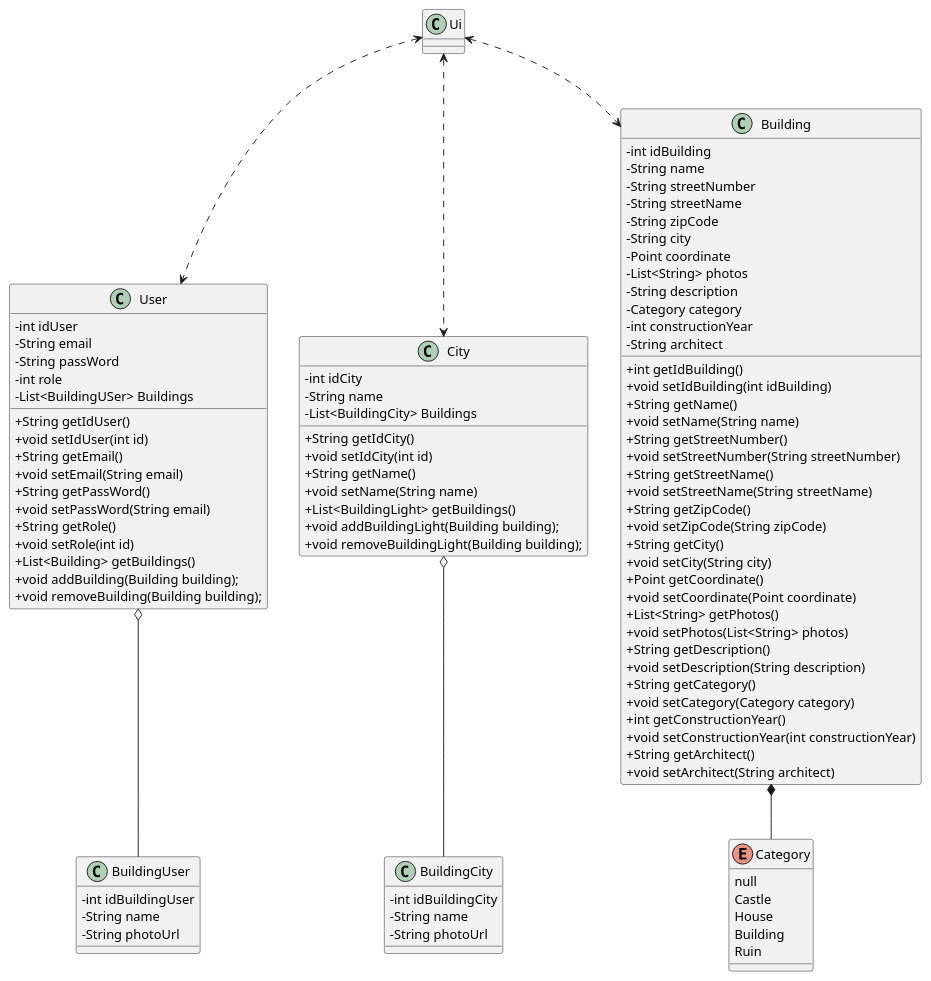
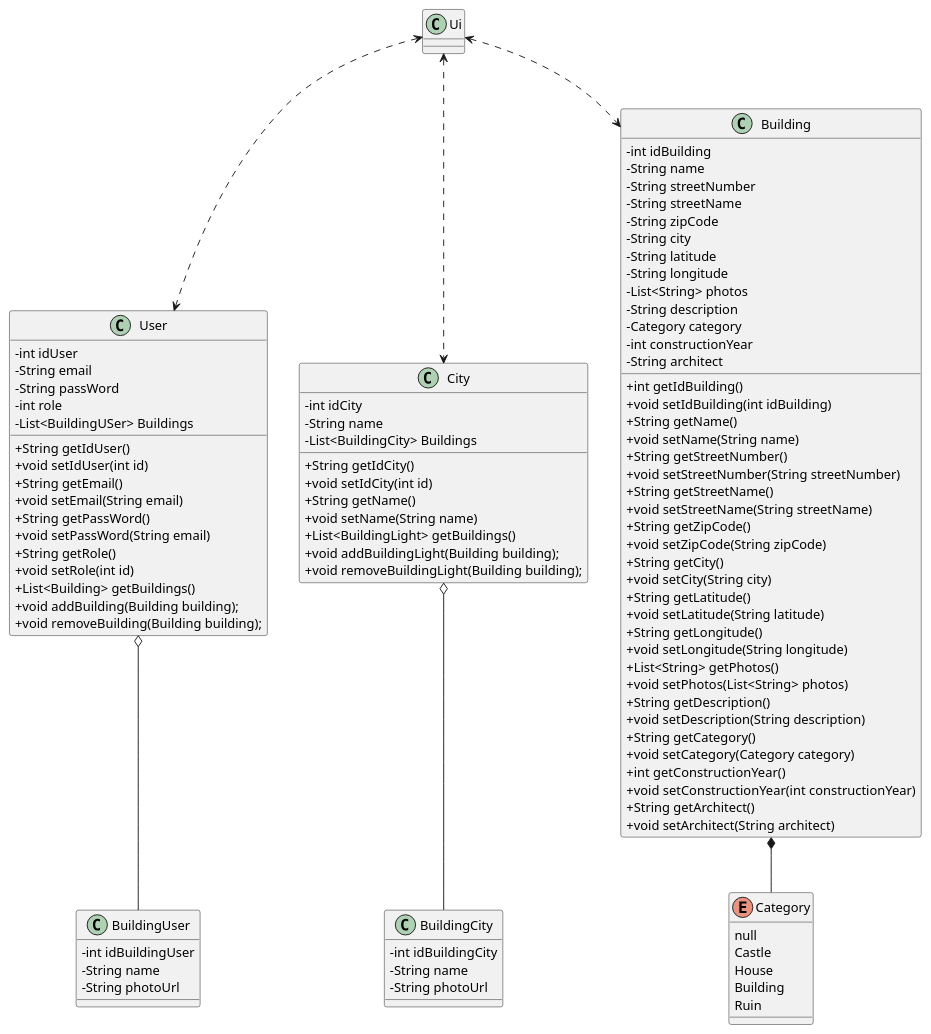
One commit to chris-tophe/CecChrRap changed the first of 4 diagrams in Model.plantuml. Above: the diagram before and after it, drawn with PlantUML.

```diff
--- a/Model.plantuml
+++ b/Model.plantuml
@@ -1,107 +1,110 @@
 @startuml Model3
 skinparam classAttributeIconSize 0
 
 User o-- BuildingUser
 City o-- BuildingCity
 Building *-- Category
 Ui <..> User
 Ui <..> City
 Ui <..> Building
 
 class User{
     - int idUser
     - String email
     - String passWord
     - int role
     - List<BuildingUSer> Buildings
 
     + String getIdUser()
     + void setIdUser(int id)
     + String getEmail()
     + void setEmail(String email)
     + String getPassWord()
     + void setPassWord(String email)
     + String getRole()
     + void setRole(int id)
     + List<Building> getBuildings()
     + void addBuilding(Building building);
     + void removeBuilding(Building building);
 }
 
 class BuildingUser{
     - int idBuildingUser
     - String name
     - String photoUrl
 }
 
 class City{
     - int idCity
     - String name
     - List<BuildingCity> Buildings
 
     + String getIdCity()
     + void setIdCity(int id)
     + String getName()
     + void setName(String name)
     + List<BuildingLight> getBuildings()
     + void addBuildingLight(Building building);
     + void removeBuildingLight(Building building);
 }
 
 class BuildingCity{
     - int idBuildingCity
     - String name
     - String photoUrl
 
 }
 
 class Building{
     - int idBuilding
     - String name
     - String streetNumber
     - String streetName
     - String zipCode
     - String city
-    - Point coordinate
+    - String latitude
+    - String longitude
     - List<String> photos
     - String description
     - Category category
     - int constructionYear
     - String architect
-
+    
     + int getIdBuilding()
     + void setIdBuilding(int idBuilding)
     + String getName()
     + void setName(String name)
     + String getStreetNumber()
     + void setStreetNumber(String streetNumber)
     + String getStreetName()
     + void setStreetName(String streetName)
     + String getZipCode()
     + void setZipCode(String zipCode)
     + String getCity()
     + void setCity(String city)
-    + Point getCoordinate()
-    + void setCoordinate(Point coordinate)
+    + String getLatitude()
+    + void setLatitude(String latitude)
+    + String getLongitude()
+    + void setLongitude(String longitude)
     + List<String> getPhotos()
     + void setPhotos(List<String> photos)
     + String getDescription()
     + void setDescription(String description)
     + String getCategory()
     + void setCategory(Category category)
     + int getConstructionYear()
     + void setConstructionYear(int constructionYear)
     + String getArchitect()
     + void setArchitect(String architect)
 
 }
 
 enum Category{
     null
     Castle
     House
     Building
     Ruin
 }
 
 @enduml
```
